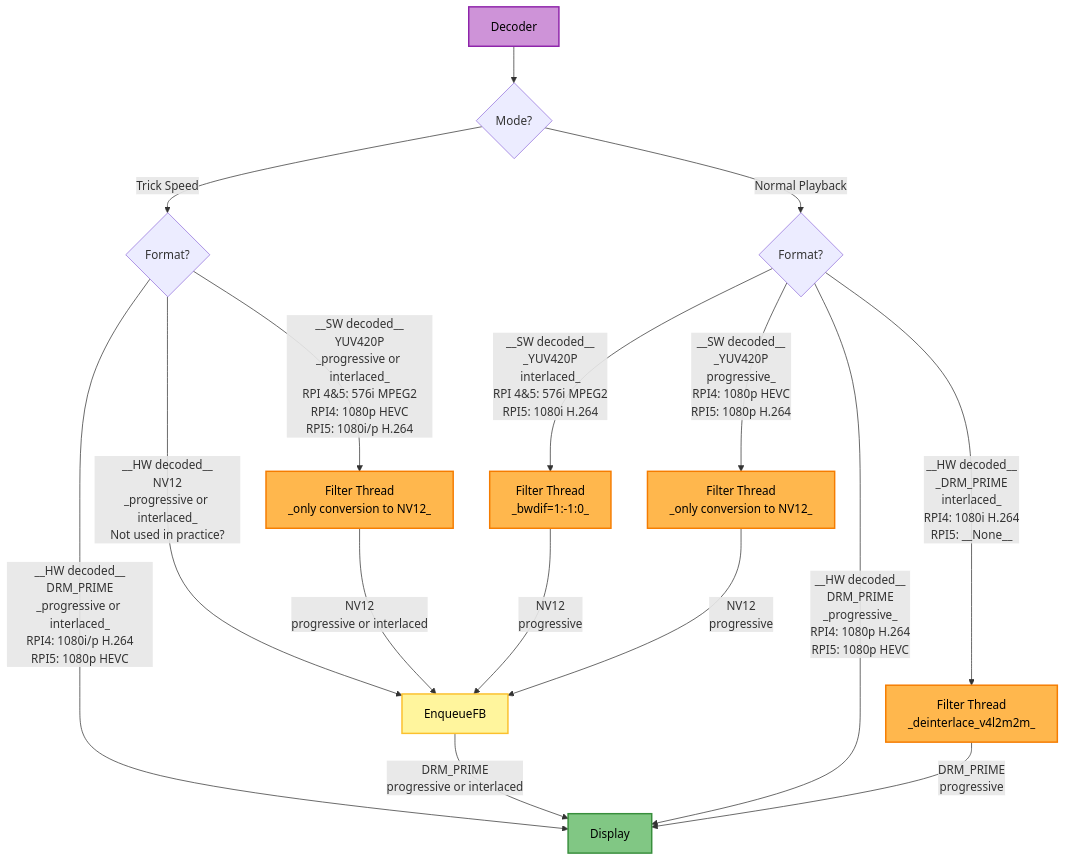
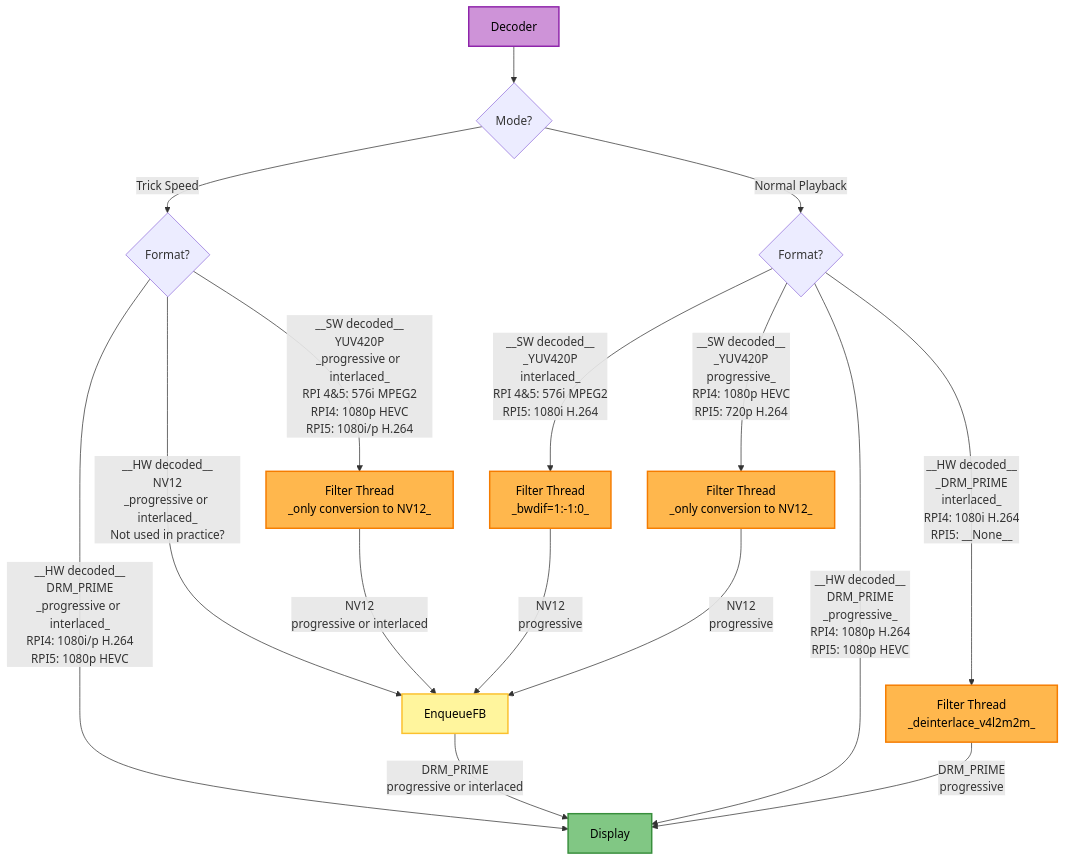
Before and after one commit to rellla/vdr-plugin-softhddevice-drm-gles: the fourth of 4 diagrams in DEVELOPER.md, drawn with Mermaid.

````diff
--- a/DEVELOPER.md
+++ b/DEVELOPER.md
@@ -210,34 +210,34 @@
 ```mermaid
 flowchart TD
     FilterThreadForceProgressive["Filter Thread<br/>_only conversion to NV12_"]
     FilterThreadProgressive["Filter Thread<br/>_only conversion to NV12_"]
     FilterThreadHwDeinterlacer["Filter Thread<br/>_deinterlace_v4l2m2m_"]
     FilterThreadSwDeinterlacer["Filter Thread<br/>_bwdif=1:-1:0_"]
 
     Decoder --> TrickSpeedDecision{Mode?}
     TrickSpeedDecision --> |Trick Speed|TrickSpeedFormat{Format?}
     TrickSpeedFormat --> |__SW decoded__<br/>YUV420P<br/>_progressive or interlaced_<br/>RPI 4&5: 576i MPEG2<br/>RPI4: 1080p HEVC<br/>RPI5: 1080i/p H.264|FilterThreadForceProgressive
     TrickSpeedFormat --> |__HW decoded__<br/>DRM_PRIME<br/>_progressive or interlaced_<br/>RPI4: 1080i/p H.264<br/>RPI5: 1080p HEVC|Display
     TrickSpeedFormat --> |__HW decoded__<br/>NV12<br/>_progressive or interlaced_<br/>Not used in practice?|EnqueueFB
     EnqueueFB --> |DRM_PRIME<br/>progressive or interlaced|Display
     FilterThreadForceProgressive --> |NV12<br/>progressive or interlaced|EnqueueFB
 
     TrickSpeedDecision --> |Normal Playback|NormalPlaybackFormat{Format?}
     NormalPlaybackFormat --> |__SW decoded__<br/>_YUV420P<br/>interlaced_<br/>RPI 4&5: 576i MPEG2<br/>RPI5: 1080i H.264|FilterThreadSwDeinterlacer
-    NormalPlaybackFormat --> |__SW decoded__<br/>_YUV420P<br/>progressive_<br/>RPI4: 1080p HEVC<br/>RPI5: 1080p H.264|FilterThreadProgressive
+    NormalPlaybackFormat --> |__SW decoded__<br/>_YUV420P<br/>progressive_<br/>RPI4: 1080p HEVC<br/>RPI5: 720p H.264|FilterThreadProgressive
     NormalPlaybackFormat --> |__HW decoded__<br/>_DRM_PRIME<br/>interlaced_<br/>RPI4: 1080i H.264<br/>RPI5: __None__|FilterThreadHwDeinterlacer
     NormalPlaybackFormat --> |__HW decoded__<br/>DRM_PRIME<br/>_progressive_<br/>RPI4: 1080p H.264<br/>RPI5: 1080p HEVC|Display
     FilterThreadSwDeinterlacer --> |NV12<br/>progressive|EnqueueFB
     FilterThreadProgressive --> |NV12<br/>progressive|EnqueueFB
     FilterThreadHwDeinterlacer --> |DRM_PRIME<br/>progressive|Display
 
     classDef decThread fill:#ce93d8,stroke:#8e24aa,stroke-width:2px,color:#000000
     classDef filterThread fill:#ffb74d,stroke:#f57c00,stroke-width:2px,color:#000000
     classDef displayThread fill:#81c784,stroke:#388e3c,stroke-width:2px,color:#000000
     classDef buffer fill:#fff59d,stroke:#fbc02d,stroke-width:2px,color:#000000
 
     class Decoder decThread
     class FilterThreadForceProgressive,FilterThreadProgressive,FilterThreadHwDeinterlacer,FilterThreadSwDeinterlacer filterThread
     class Display displayThread
     class EnqueueFB buffer
 ```
````
